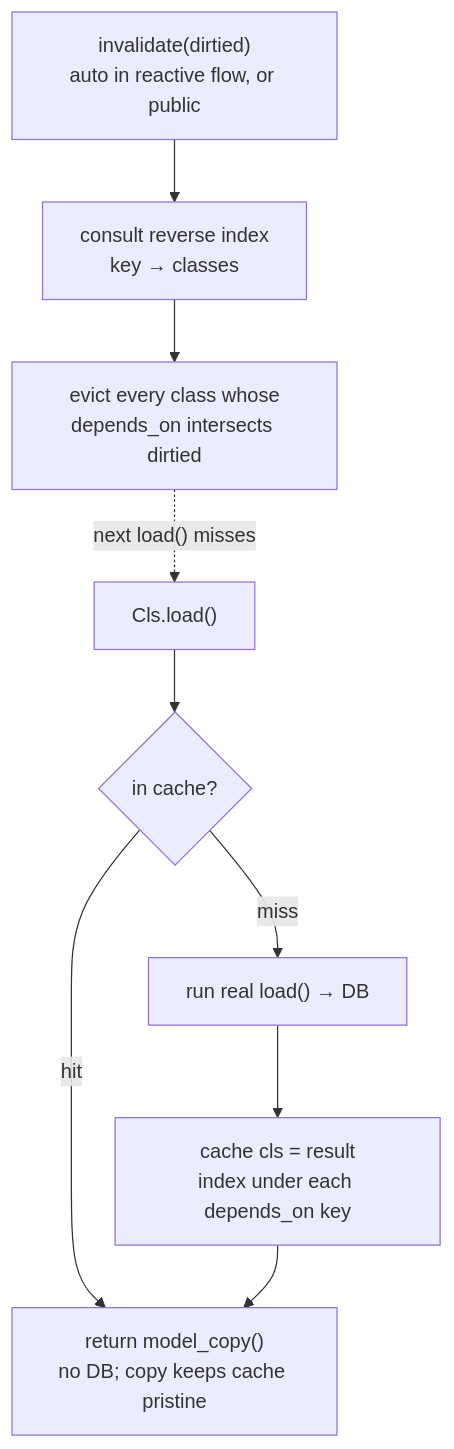
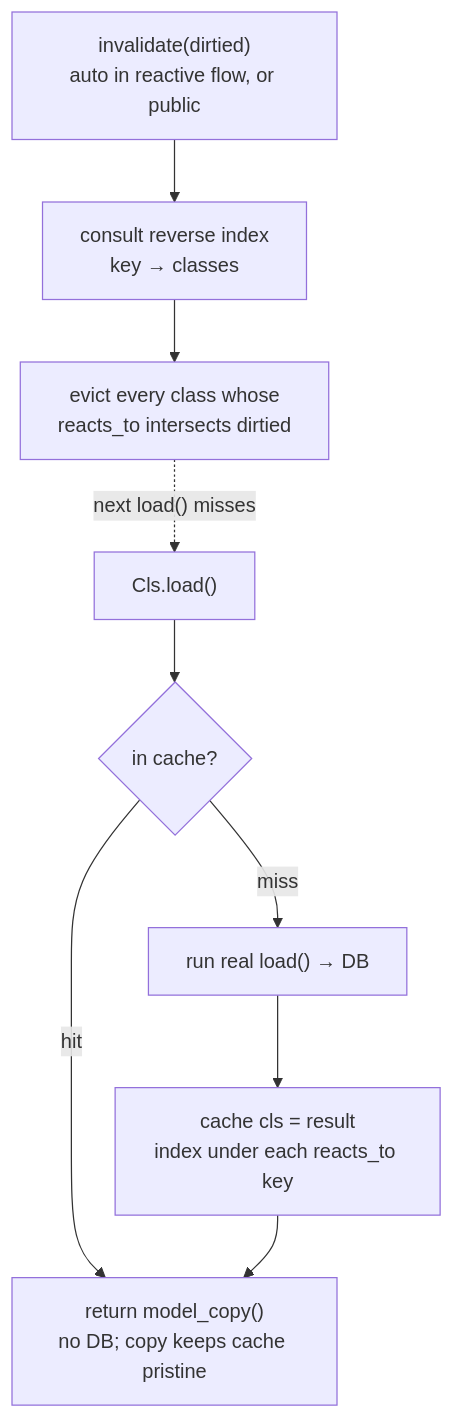
Before and after one commit to paulomtts/pyjinhx: the fifth of 5 diagrams in docs/reactivity.md, drawn with Mermaid. The commit also changed other lines of this file and 14 other files, not shown here.

First line of the commit message:
refactor(reactive)!: rename depends_on to reacts_to

````diff
--- a/docs/reactivity.md
+++ b/docs/reactivity.md
@@ -286,12 +290,12 @@
 ```mermaid
 flowchart TD
     CALL["Cls.load()"] --> HIT{"in cache?"}
     HIT -->|hit| COPY["return model_copy()<br/>no DB; copy keeps cache pristine"]
     HIT -->|miss| RUN["run real load() → DB"]
-    RUN --> STORE["cache cls = result<br/>index under each depends_on key"]
+    RUN --> STORE["cache cls = result<br/>index under each reacts_to key"]
     STORE --> COPY
 
     INV["invalidate(dirtied)<br/>auto in reactive flow, or public"] --> REV["consult reverse index<br/>key → classes"]
-    REV --> EVICT["evict every class whose<br/>depends_on intersects dirtied"]
+    REV --> EVICT["evict every class whose<br/>reacts_to intersects dirtied"]
     EVICT -.->|"next load() misses"| CALL
 ```
````
